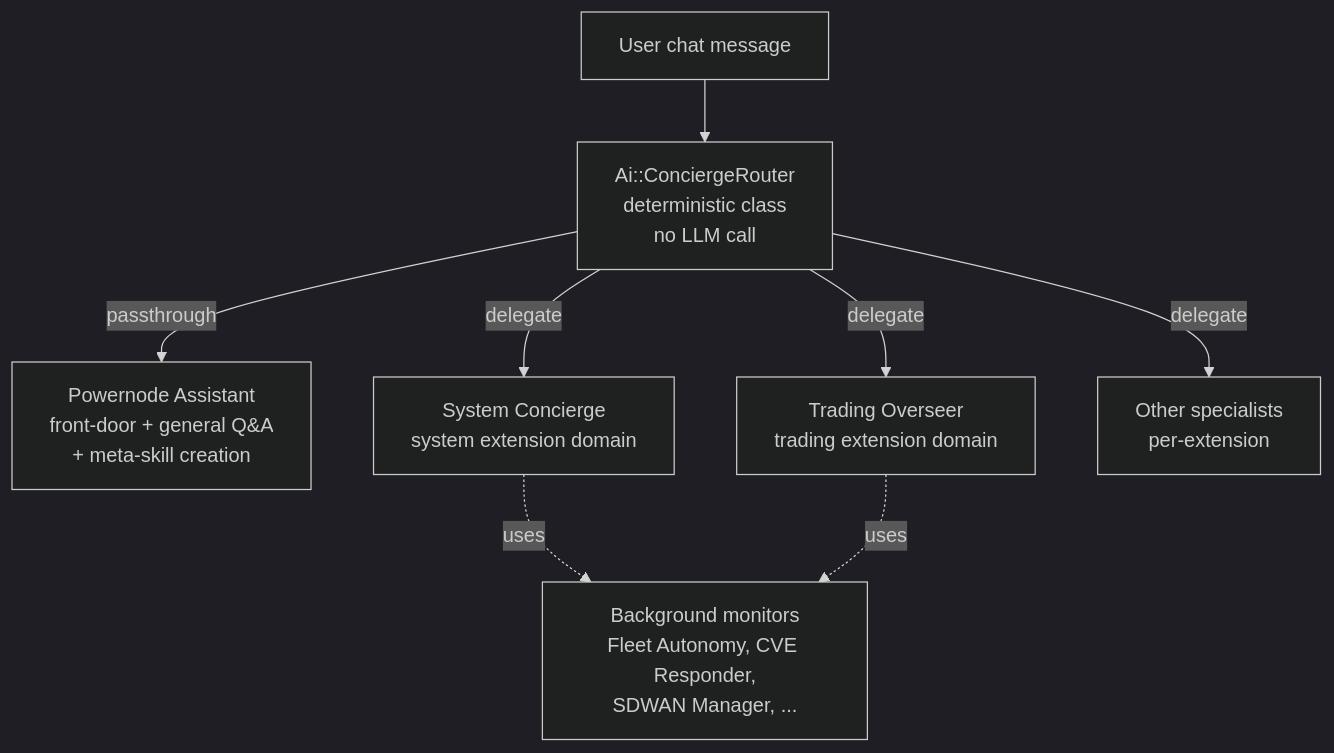
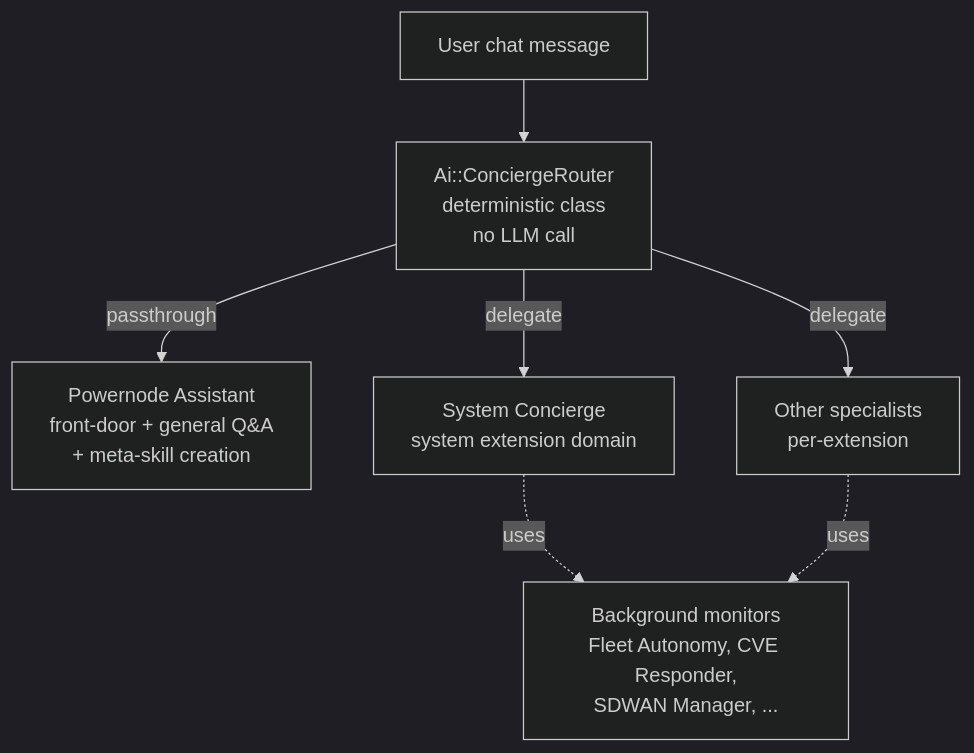
One commit to nodealchemy/powernode-platform changed the seventh of 7 diagrams in docs/concepts/agents-and-autonomy.md. Above: the diagram before and after it, drawn with Mermaid (dark theme). The commit also changed other lines of this file and 27 other files, not shown here.

````diff
--- a/docs/concepts/agents-and-autonomy.md
+++ b/docs/concepts/agents-and-autonomy.md
@@ -617,18 +617,16 @@
 ```mermaid
 flowchart TB
     User[User chat message]
     Router[Ai::ConciergeRouter<br/>deterministic class<br/>no LLM call]
     Assistant[Powernode Assistant<br/>front-door + general Q&A<br/>+ meta-skill creation]
     SysConcierge[System Concierge<br/>system extension domain]
-    TradingOverseer[Trading Overseer<br/>trading extension domain]
     OtherSpec[Other specialists<br/>per-extension]
     Monitors[Background monitors<br/>Fleet Autonomy, CVE Responder,<br/>SDWAN Manager, ...]
 
     User --> Router
     Router -- "passthrough" --> Assistant
     Router -- "delegate" --> SysConcierge
-    Router -- "delegate" --> TradingOverseer
     Router -- "delegate" --> OtherSpec
     SysConcierge -.uses.-> Monitors
-    TradingOverseer -.uses.-> Monitors
+    OtherSpec -.uses.-> Monitors
 ```
````
